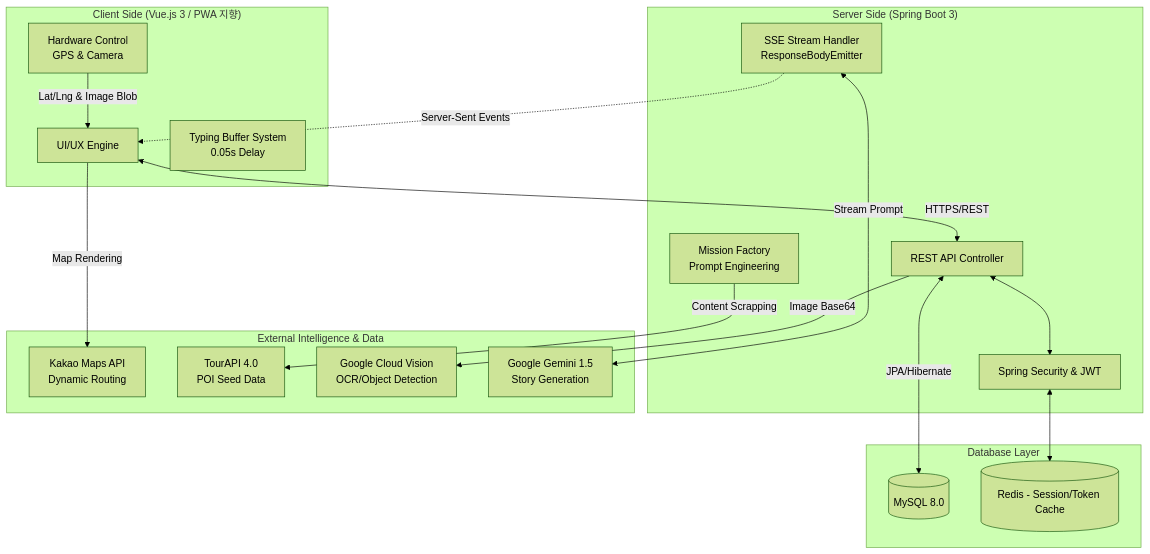
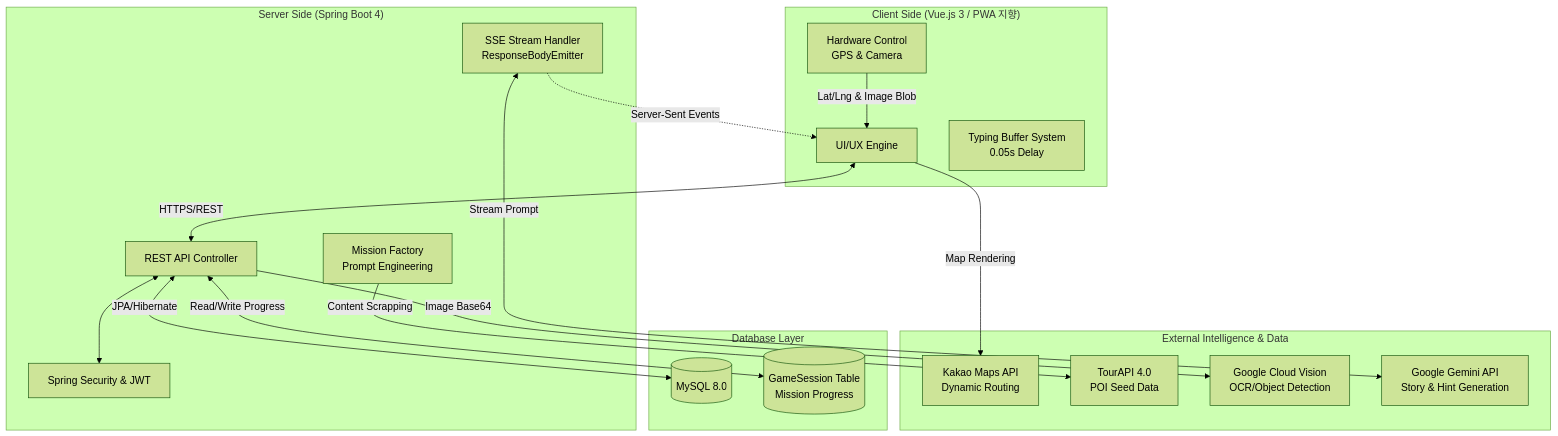
Before and after one commit to kanghyunsoon/operation-seoul: the first of 2 diagrams in README.md, drawn with Mermaid (forest theme). The commit also changed other lines of this file, not shown here.

````diff
--- a/README.md
+++ b/README.md
@@ -27,40 +27,40 @@
 ```mermaid
 graph TD
     subgraph "Client Side (Vue.js 3 / PWA 지향)"
         UI[UI/UX Engine]
         TB[Typing Buffer System\n0.05s Delay]
         HW[Hardware Control\nGPS & Camera]
     end
 
-    subgraph "Server Side (Spring Boot 3)"
+    subgraph "Server Side (Spring Boot 4)"
         API[REST API Controller]
         SSE[SSE Stream Handler\nResponseBodyEmitter]
         MF[Mission Factory\nPrompt Engineering]
         SEC[Spring Security & JWT]
     end
 
     subgraph "Database Layer"
         RDB[(MySQL 8.0)]
-        CACHE[(Redis - Session/Token Cache)]
+        SESSION[(GameSession Table\nMission Progress)]
     end
 
     subgraph "External Intelligence & Data"
         MAP[Kakao Maps API\nDynamic Routing]
         TOUR[TourAPI 4.0\nPOI Seed Data]
         VISION[Google Cloud Vision\nOCR/Object Detection]
-        GEMINI[Google Gemini 1.5\nStory Generation]
+        GEMINI[Google Gemini API\nStory & Hint Generation]
     end
 
     UI <-->|HTTPS/REST| API
     SSE -.->|Server-Sent Events| UI
     HW -->|Lat/Lng & Image Blob| UI
     
     API <-->|JPA/Hibernate| RDB
     API <--> SEC
-    SEC <--> CACHE
+    API <-->|Read/Write Progress| SESSION
     
     UI -->|Map Rendering| MAP
     MF -->|Content Scrapping| TOUR
     API -->|Image Base64| VISION
     SSE <-->|Stream Prompt| GEMINI
 ```
````
